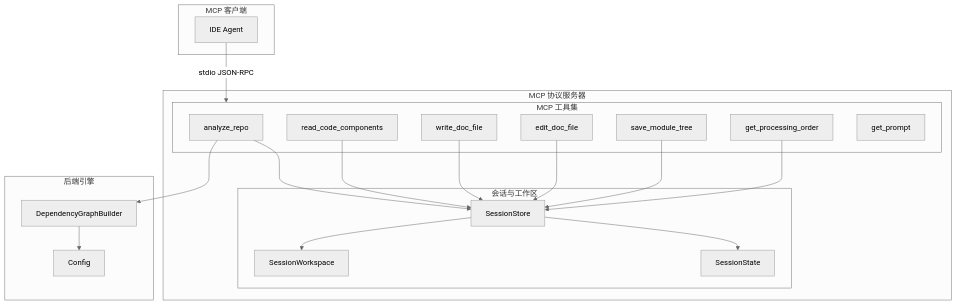
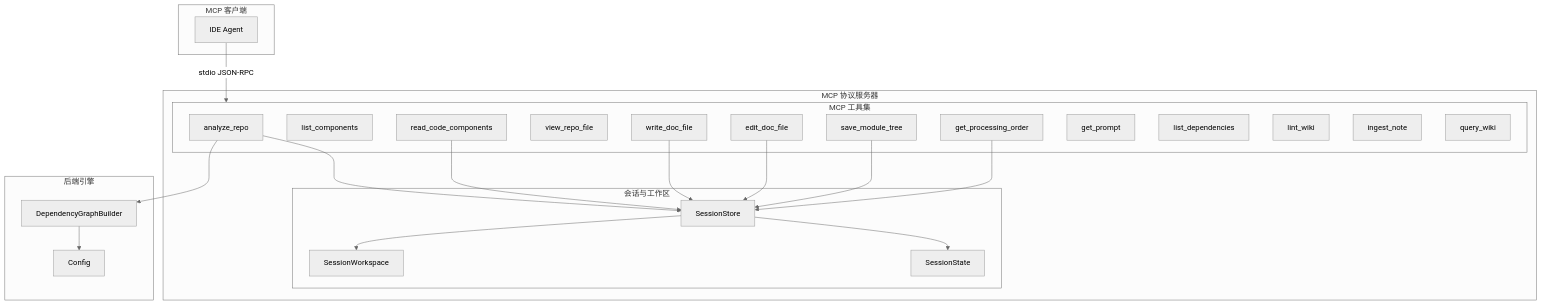
One commit to mambo-wang/CodeWiki-CN changed the fourth of 4 diagrams in repowiki/MCP 协议服务器.md. Above: the diagram before and after it, drawn with Mermaid (neutral theme). The commit also changed other lines of this file and 32 other files, not shown here.

````diff
--- a/repowiki/MCP 协议服务器.md
+++ b/repowiki/MCP 协议服务器.md
@@ -126,40 +137,46 @@
 ```mermaid
 graph TD
     subgraph Client["MCP 客户端"]
         IDEAgent["IDE Agent"]
     end
 
     subgraph Server["MCP 协议服务器"]
         subgraph Tools["MCP 工具集"]
             Analyze["analyze_repo"]
+            ListComp["list_components"]
             ReadCode["read_code_components"]
+            ViewFile["view_repo_file"]
             WriteDoc["write_doc_file"]
             EditDoc["edit_doc_file"]
             SaveTree["save_module_tree"]
             GetOrder["get_processing_order"]
             GetPrompt["get_prompt"]
+            ListDeps["list_dependencies"]
+            LintWiki["lint_wiki"]
+            IngestNote["ingest_note"]
+            QueryWiki["query_wiki"]
         end
         subgraph Session["会话与工作区"]
             Store["SessionStore"]
             State["SessionState"]
             Workspace["SessionWorkspace"]
         end
     end
 
     subgraph Backend["后端引擎"]
         DepGraph["DependencyGraphBuilder"]
         Config["Config"]
     end
 
     IDEAgent -->|"stdio JSON-RPC"| Tools
     Analyze --> Store
     Analyze --> DepGraph
     ReadCode --> Store
     WriteDoc --> Store
     EditDoc --> Store
     SaveTree --> Store
     GetOrder --> Store
     Store --> State
     Store --> Workspace
     DepGraph --> Config
 ```
````
